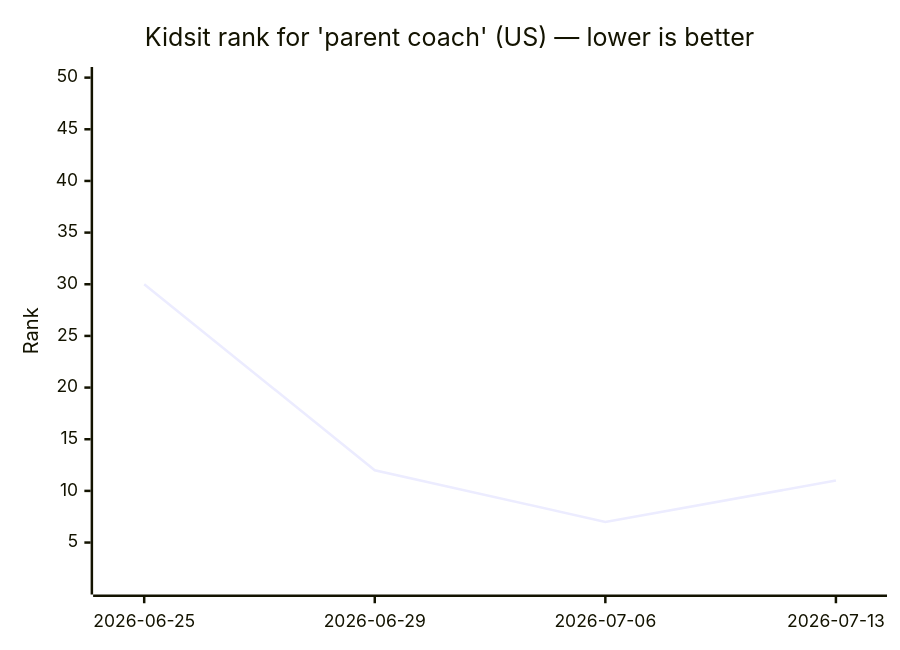
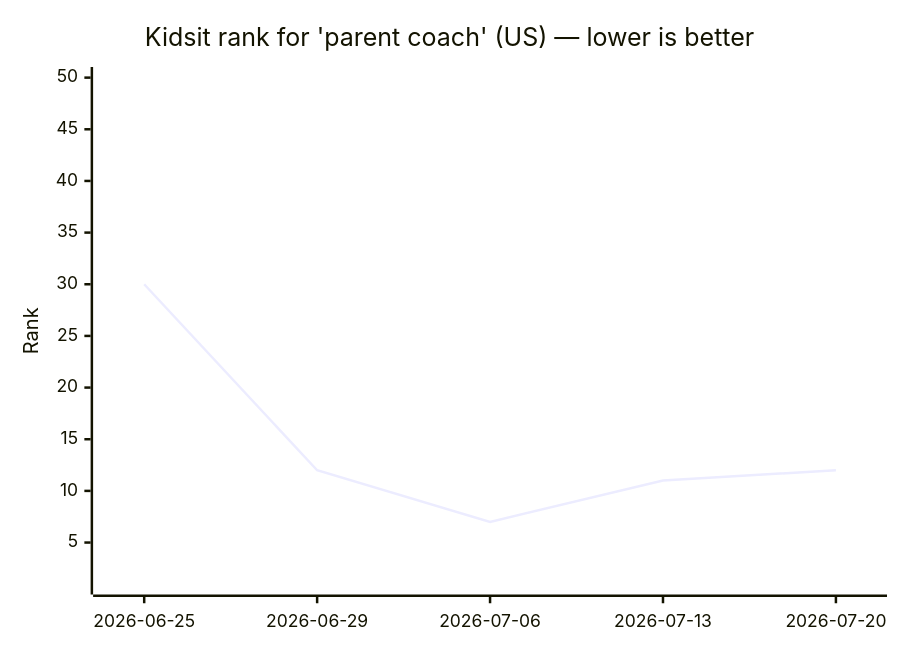
Before and after one commit to omer72/aso-tool: the diagram in scout-log.md, drawn with Mermaid. The commit also changed other lines of this file, not shown here.

````diff
--- a/scout-log.md
+++ b/scout-log.md
@@ -8,7 +8,7 @@
 ```mermaid
 xychart-beta
     title "Kidsit rank for 'parent coach' (US) — lower is better"
-    x-axis ["2026-06-25", "2026-06-29", "2026-07-06", "2026-07-13"]
+    x-axis ["2026-06-25", "2026-06-29", "2026-07-06", "2026-07-13", "2026-07-20"]
     y-axis "Rank" 1 --> 50
-    line [30, 12, 7, 11]
+    line [30, 12, 7, 11, 12]
 ```
````
